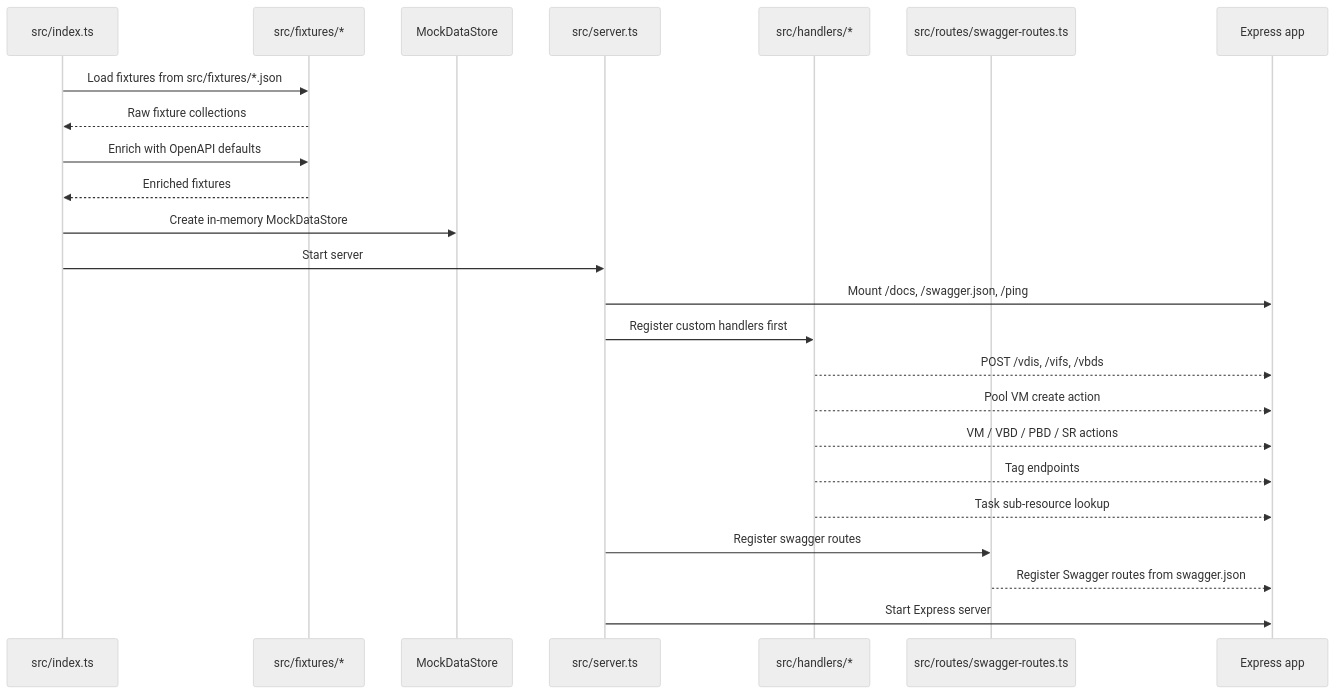
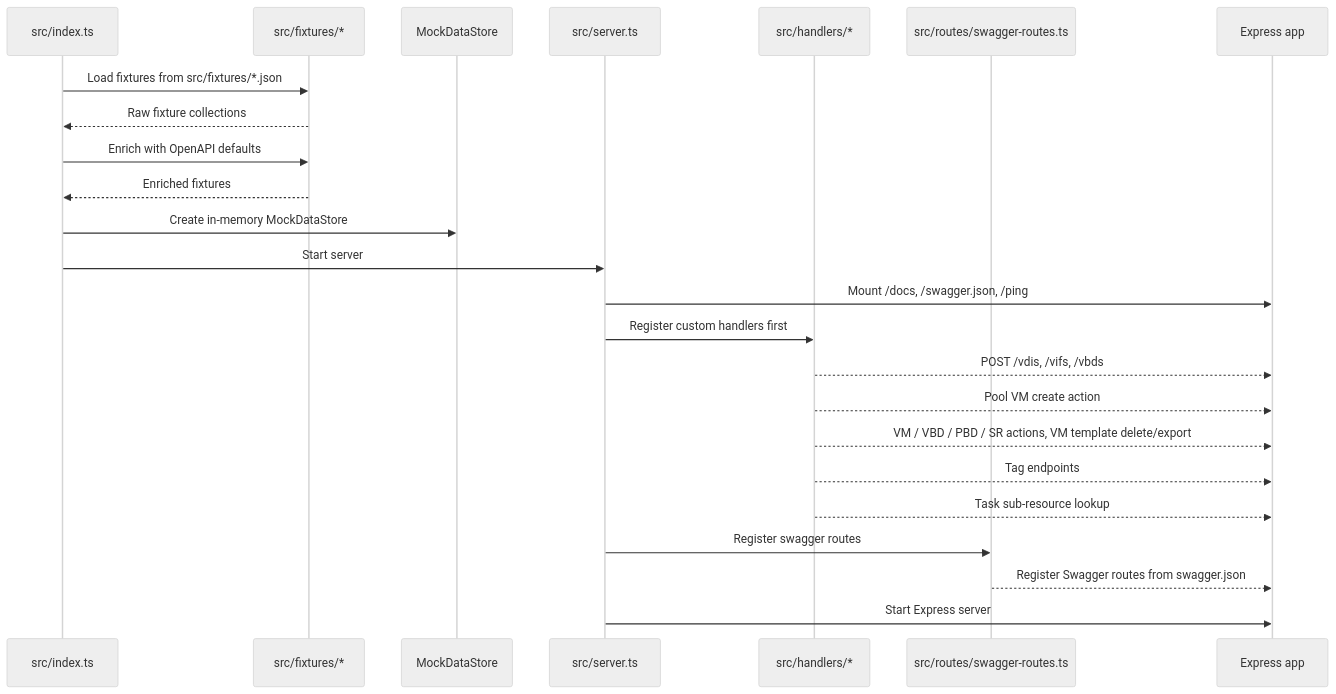
One commit to vatesfr/xo-api-sim changed the first of 2 diagrams in ARCHITECTURE.md. Above: the diagram before and after it, drawn with Mermaid (neutral theme). The commit also changed 7 other files, not shown here.

````diff
--- a/ARCHITECTURE.md
+++ b/ARCHITECTURE.md
@@ -3,28 +3,28 @@
 ```mermaid
 sequenceDiagram
   participant Main as src/index.ts
   participant Fixtures as src/fixtures/*
   participant Store as MockDataStore
   participant Server as src/server.ts
   participant Handlers as src/handlers/*
   participant Routes as src/routes/swagger-routes.ts
   participant Express as Express app
 
   Main->>Fixtures: Load fixtures from src/fixtures/*.json
   Fixtures-->>Main: Raw fixture collections
   Main->>Fixtures: Enrich with OpenAPI defaults
   Fixtures-->>Main: Enriched fixtures
   Main->>Store: Create in-memory MockDataStore
   Main->>Server: Start server
 
   Server->>Express: Mount /docs, /swagger.json, /ping
   Server->>Handlers: Register custom handlers first
   Handlers-->>Express: POST /vdis, /vifs, /vbds
   Handlers-->>Express: Pool VM create action
-  Handlers-->>Express: VM / VBD / PBD / SR actions
+  Handlers-->>Express: VM / VBD / PBD / SR actions, VM template delete/export
   Handlers-->>Express: Tag endpoints
   Handlers-->>Express: Task sub-resource lookup
   Server->>Routes: Register swagger routes
   Routes-->>Express: Register Swagger routes from swagger.json
    Server->>Express: Start Express server
 ```
````
